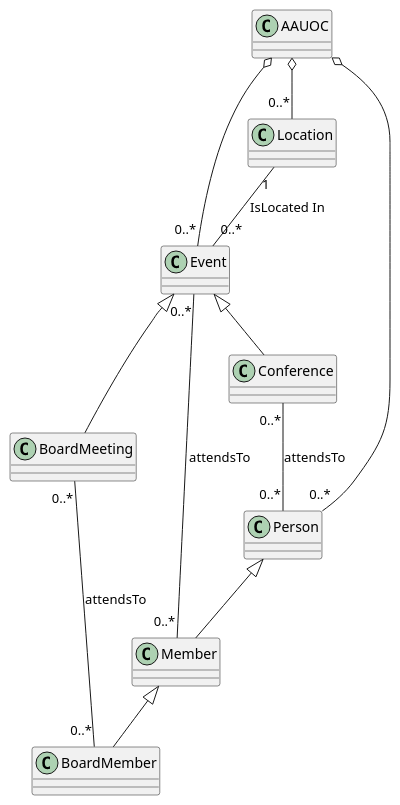
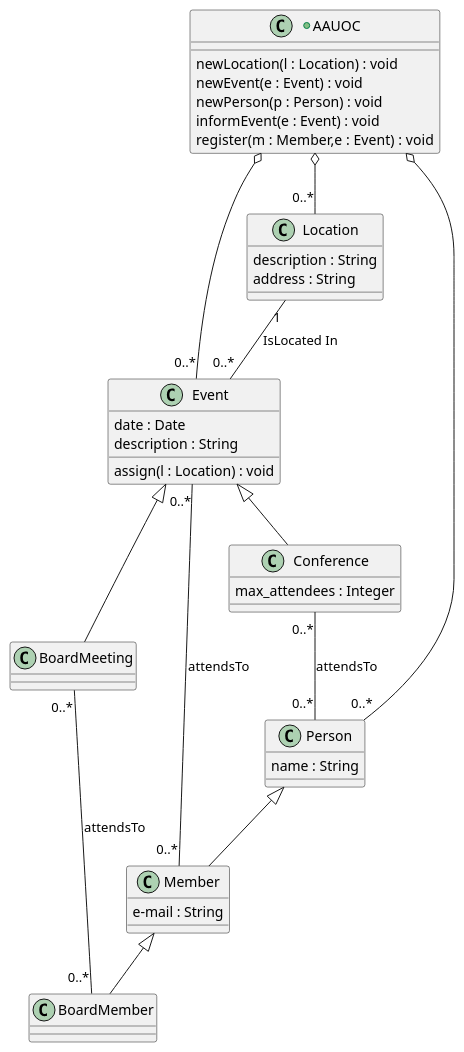
The diagram in src/UML_AlejandroVicente.puml (alexvc991/UMLClasesAlejandroVicente), drawn with PlantUML before and after one commit. The commit also changed 3 other files, not shown here.

```diff
--- a/src/UML_AlejandroVicente.puml
+++ b/src/UML_AlejandroVicente.puml
@@ -1,18 +1,45 @@
 @startuml
+
++class AAUOC {
+    newLocation(l : Location) : void
+    newEvent(e : Event) : void
+    newPerson(p : Person) : void
+    informEvent(e : Event) : void
+    register(m : Member,e : Event) : void
+}
+class Location {
+    description : String
+    address : String
+}
+class Event {
+    date : Date
+    description : String
+    assign(l : Location) : void
+
+}
+class Member {
+    e-mail : String
+}
+class Person {
+    name : String
+}
+class Conference {
+    max_attendees : Integer
+}
 
 Event <|-- Conference
 Event <|-- BoardMeeting
 
 Person <|-- Member
 Member <|-- BoardMember
 
 AAUOC o-- "0..*" Location
 AAUOC o-- "0..*" Event
 AAUOC o-- "0..*" Person
 
 Location "1" -- "0..*" Event :IsLocated In
 Event "0..*" -- "0..*" Member :attendsTo
 BoardMeeting "0..*" -- "0..*" BoardMember :attendsTo
 Conference "0..*" -- "0..*" Person :attendsTo
 
 @enduml
```
